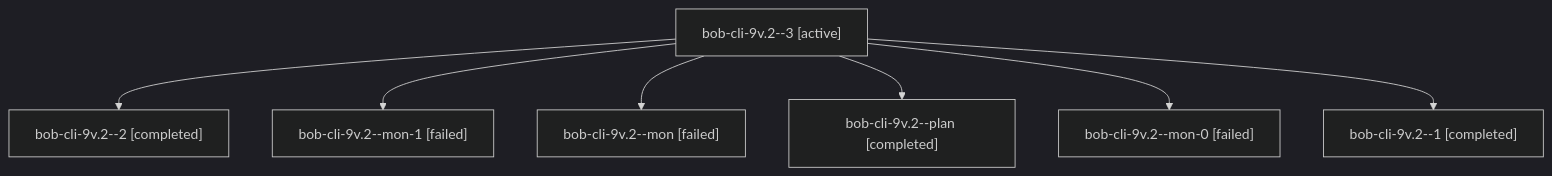
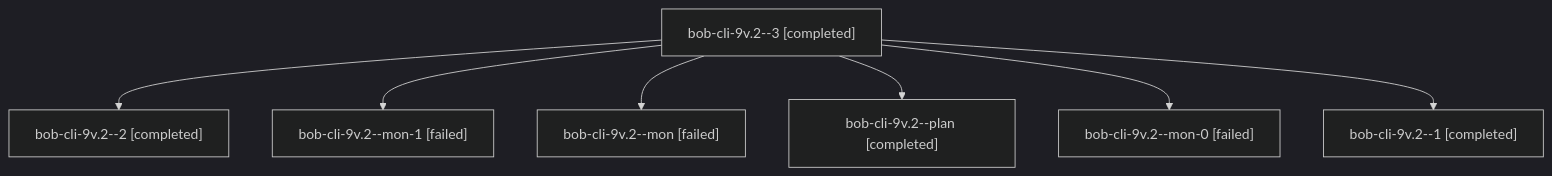
Before and after one commit to bobs-org/bob-cli--agents: the diagram in sessions/bbugyi200.athena.bob-cli-9v.2.md, drawn with Mermaid (dark theme). The commit also changed other lines of this file and 21 other files, not shown here.

````diff
--- a/sessions/bbugyi200.athena.bob-cli-9v.2.md
+++ b/sessions/bbugyi200.athena.bob-cli-9v.2.md
@@ -9,16 +9,16 @@
 ```mermaid
 flowchart TD
-  n0["bob-cli-9v.2--3 [active]"]
+  n0["bob-cli-9v.2--3 [completed]"]
   n1["bob-cli-9v.2--2 [completed]"]
   n0 --> n1
   n2["bob-cli-9v.2--mon-1 [failed]"]
   n0 --> n2
   n3["bob-cli-9v.2--mon [failed]"]
   n0 --> n3
   n4["bob-cli-9v.2--plan [completed]"]
   n0 --> n4
   n5["bob-cli-9v.2--mon-0 [failed]"]
   n0 --> n5
   n6["bob-cli-9v.2--1 [completed]"]
   n0 --> n6
 ```
````
